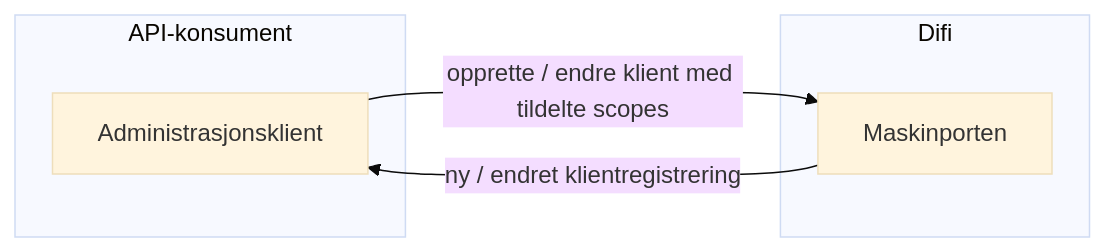
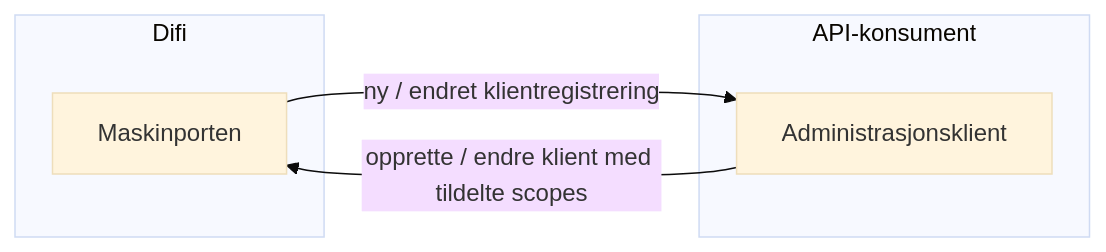
One commit to felleslosninger/docs changed the second of 3 diagrams in _docs/Maskinporten/maskinporten_overordnet.md. Above: the diagram before and after it, drawn with Mermaid (base theme). The commit also changed other lines of this file and 6 other files, not shown here.

```diff
--- a/_docs/Maskinporten/maskinporten_overordnet.md
+++ b/_docs/Maskinporten/maskinporten_overordnet.md
@@ -32,14 +32,14 @@
 <div class="mermaid">
 graph LR
+subgraph Difi
+  MP[Maskinporten]
+end
   subgraph API-konsument
     client[Administrasjonsklient]
   end
-  subgraph Difi
-    MP[Maskinporten]
-  end
 
+  client -->|opprette / endre klient med tildelte scopes |MP
   MP -->|ny / endret klientregistrering|client
-  client -->|opprette / endre klient med tildelte scopes |MP
 
 
 </div>
```
